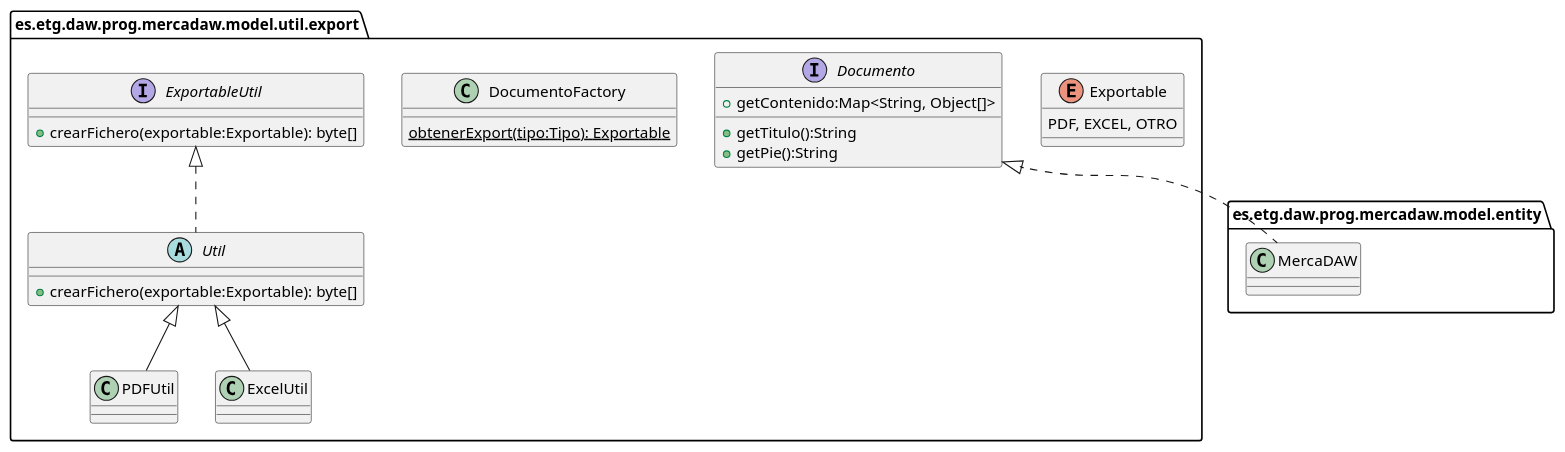
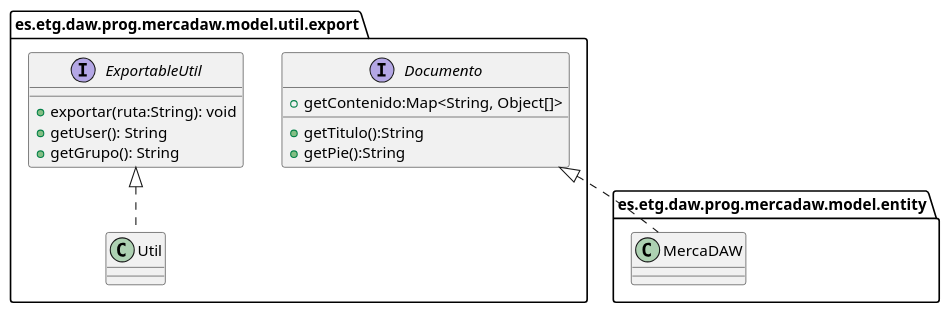
One commit to dmadcha/mercadaw_trabajo_ev3 changed the diagram in design/Clases/ClasesExport.pu. Above: the diagram before and after it, drawn with PlantUML. The commit also changed 2 other files, not shown here.

Commit message:
Actualizacion diagrama de las clases reader, input y export

```diff
--- a/design/Clases/ClasesExport.pu
+++ b/design/Clases/ClasesExport.pu
@@ -1,48 +1,33 @@
 @startuml export
+
 set separator none
 package es.etg.daw.prog.mercadaw.model.util.export{
-    
-    enum Exportable{
-        PDF, EXCEL, OTRO
-    }
 
-    class PDFUtil{
+
+    class Util{
 
     }
 
-    class ExcelUtil{
+    interface ExportableUtil{
 
-    }
-
-    abstract Util{
-        + crearFichero(exportable:Exportable): byte[]
-    }
-
-    interface ExportableUtil{
-        + crearFichero(exportable:Exportable): byte[]
-    }
-
-    class DocumentoFactory{
-       {static} obtenerExport(tipo:Tipo): Exportable
+        + exportar(ruta:String): void
+        + getUser(): String
+        + getGrupo(): String
     }
 
     interface Documento{
         + getContenido:Map<String, Object[]>
         + getTitulo():String
         + getPie():String
     }
 }
 
 package es.etg.daw.prog.mercadaw.model.entity{
     class MercaDAW
 }
 
 
-
-
-Util <|-- PDFUtil
-Util <|-- ExcelUtil
-ExportableUtil <|.. Util 
+ExportableUtil <|.. Util
 Documento <|.. MercaDAW
 
 @enduml
```
